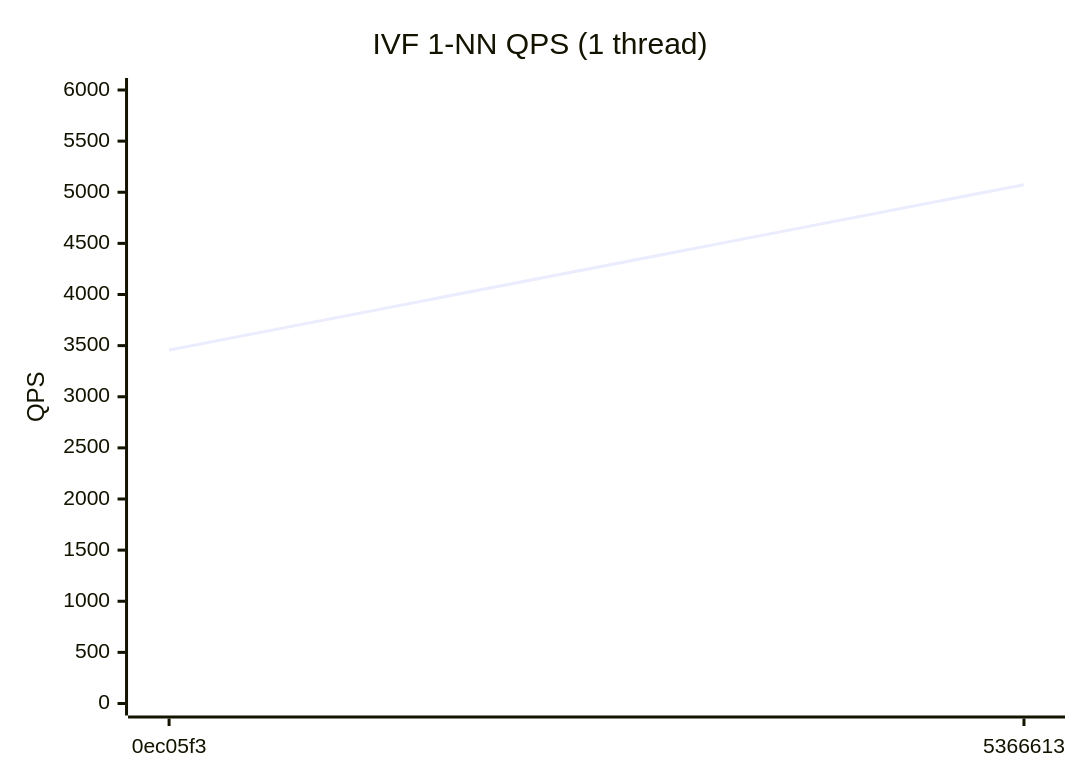
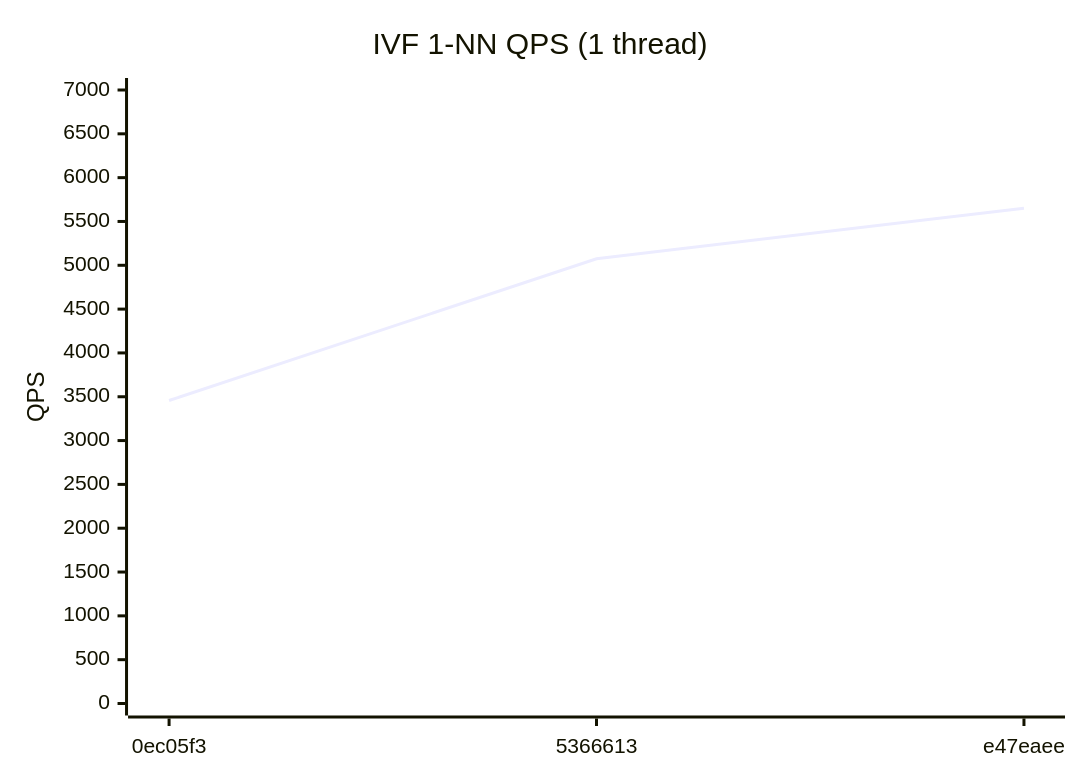
Before and after one commit to bibidhSubedi0/RedBoxDb: the third of 4 diagrams in benchmarks/REPORT.md, drawn with Mermaid. The commit also changed other lines of this file and 1 other file, not shown here.

Commit message:
bench: update performance report [e47eaee] [skip ci]

````diff
--- a/benchmarks/REPORT.md
+++ b/benchmarks/REPORT.md
@@ -39,7 +39,7 @@
 ```mermaid
 xychart-beta
   title "IVF 1-NN QPS (1 thread)"
-  x-axis ["0ec05f3", "5366613"]
-  y-axis "QPS" 0 --> 6000
-  line [3457, 5074]
+  x-axis ["0ec05f3", "5366613", "e47eaee"]
+  y-axis "QPS" 0 --> 7000
+  line [3457, 5074, 5652]
 ```
````
